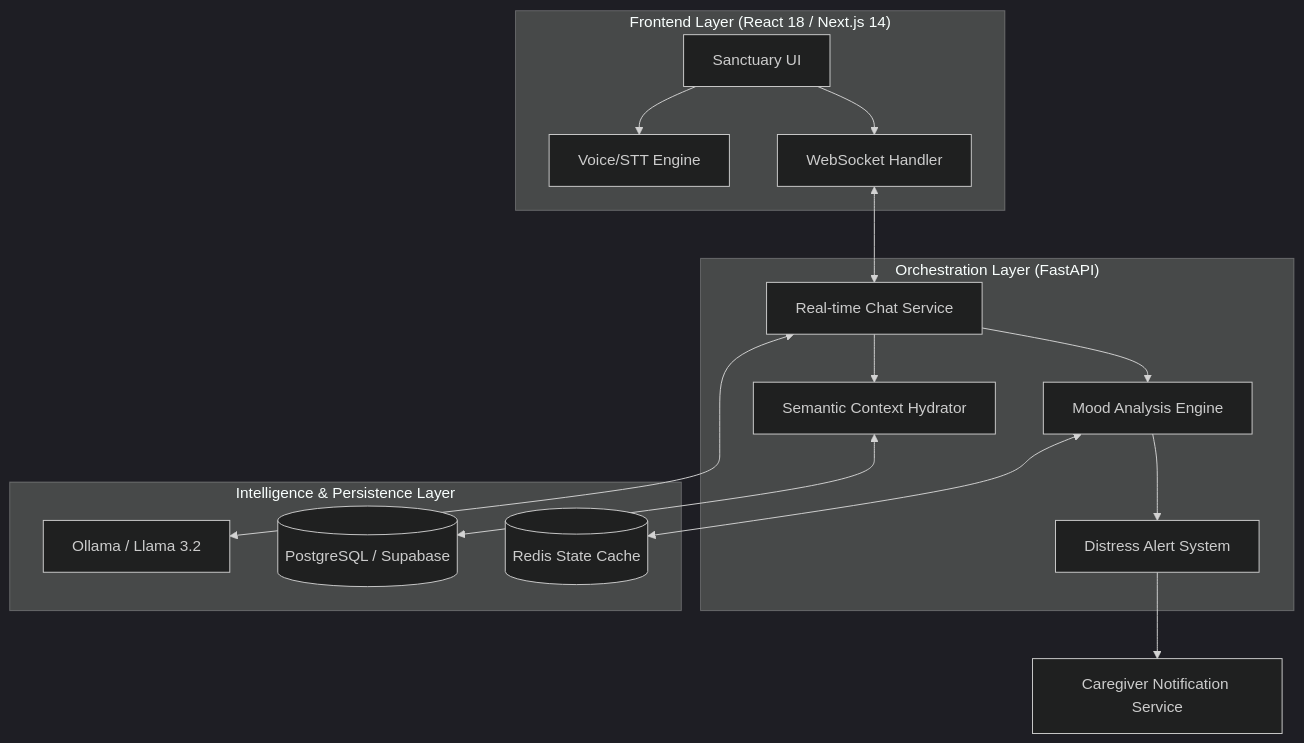
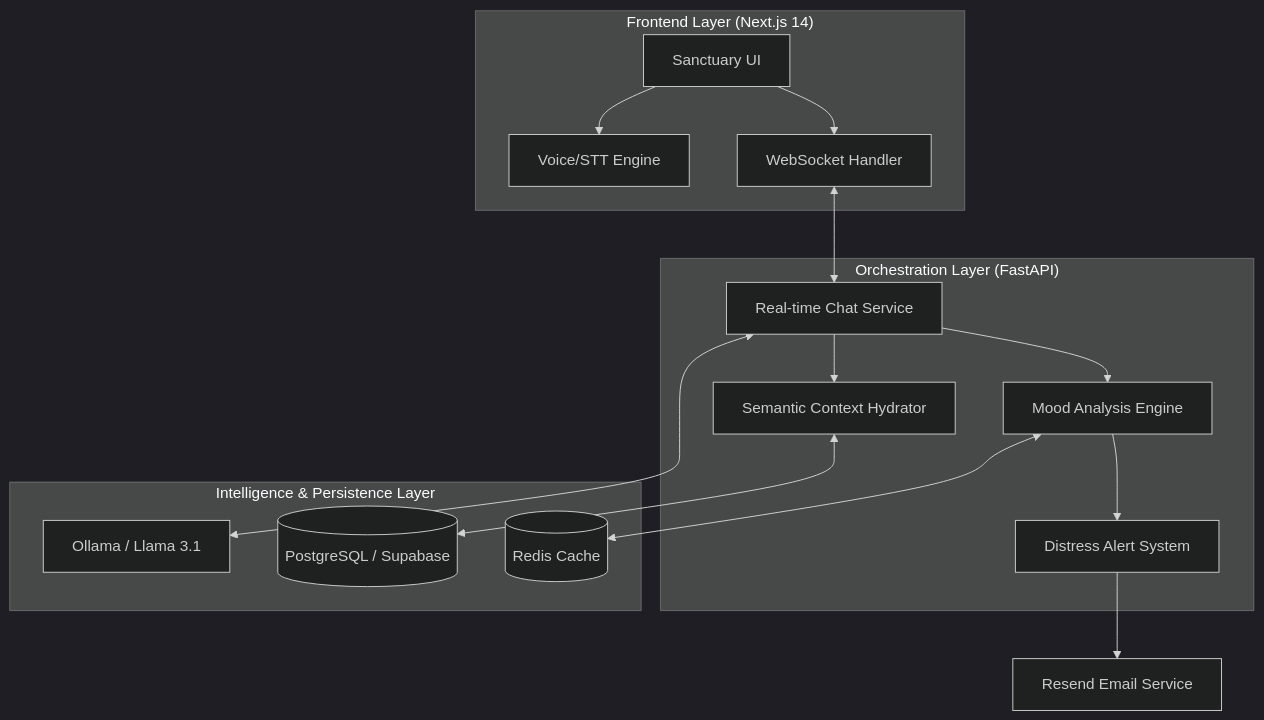
One commit to adityaagrawal777/T-42-Clara--Dementia-Assistant- changed the diagram in README.md. Above: the diagram before and after it, drawn with Mermaid (dark theme). The commit also changed other lines of this file, not shown here.

Commit message:
docs: update README with streamlined setup instructions, architecture refinements, and updated project roadmap

````diff
--- a/README.md
+++ b/README.md
@@ -41,22 +20,22 @@
 ```mermaid
 graph TD
-    subgraph "Frontend Layer (React 18 / Next.js 14)"
+    subgraph "Frontend Layer (Next.js 14)"
         A[Sanctuary UI] --> B[WebSocket Handler]
         A --> C[Voice/STT Engine]
     end
 
     subgraph "Orchestration Layer (FastAPI)"
         B <--> D[Real-time Chat Service]
         D --> E[Mood Analysis Engine]
         D --> F[Semantic Context Hydrator]
         E --> G[Distress Alert System]
     end
 
     subgraph "Intelligence & Persistence Layer"
         F <--> H[(PostgreSQL / Supabase)]
-        E <--> I[(Redis State Cache)]
-        D <--> J[Ollama / Llama 3.2]
+        E <--> I[(Redis Cache)]
+        D <--> J[Ollama / Llama 3.1]
     end
 
-    G --> K[Caregiver Notification Service]
+    G --> K[Resend Email Service]
 ```
````
